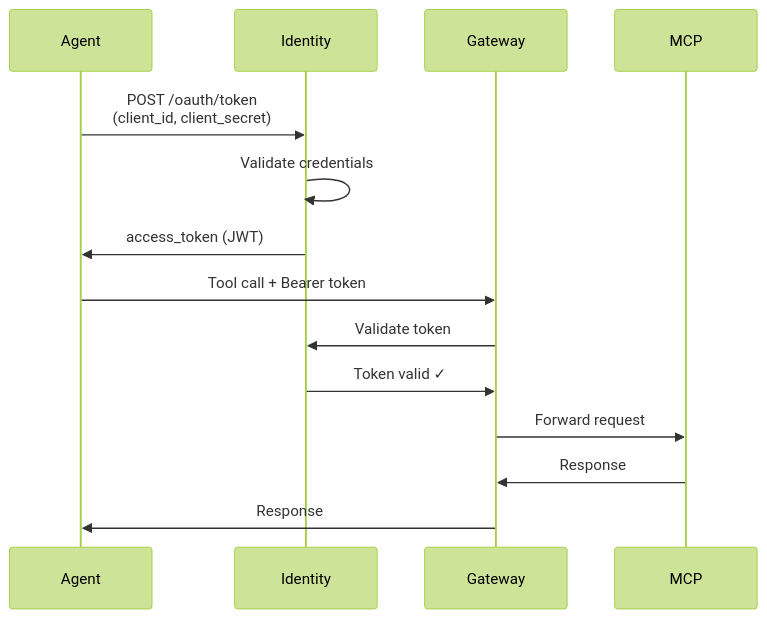
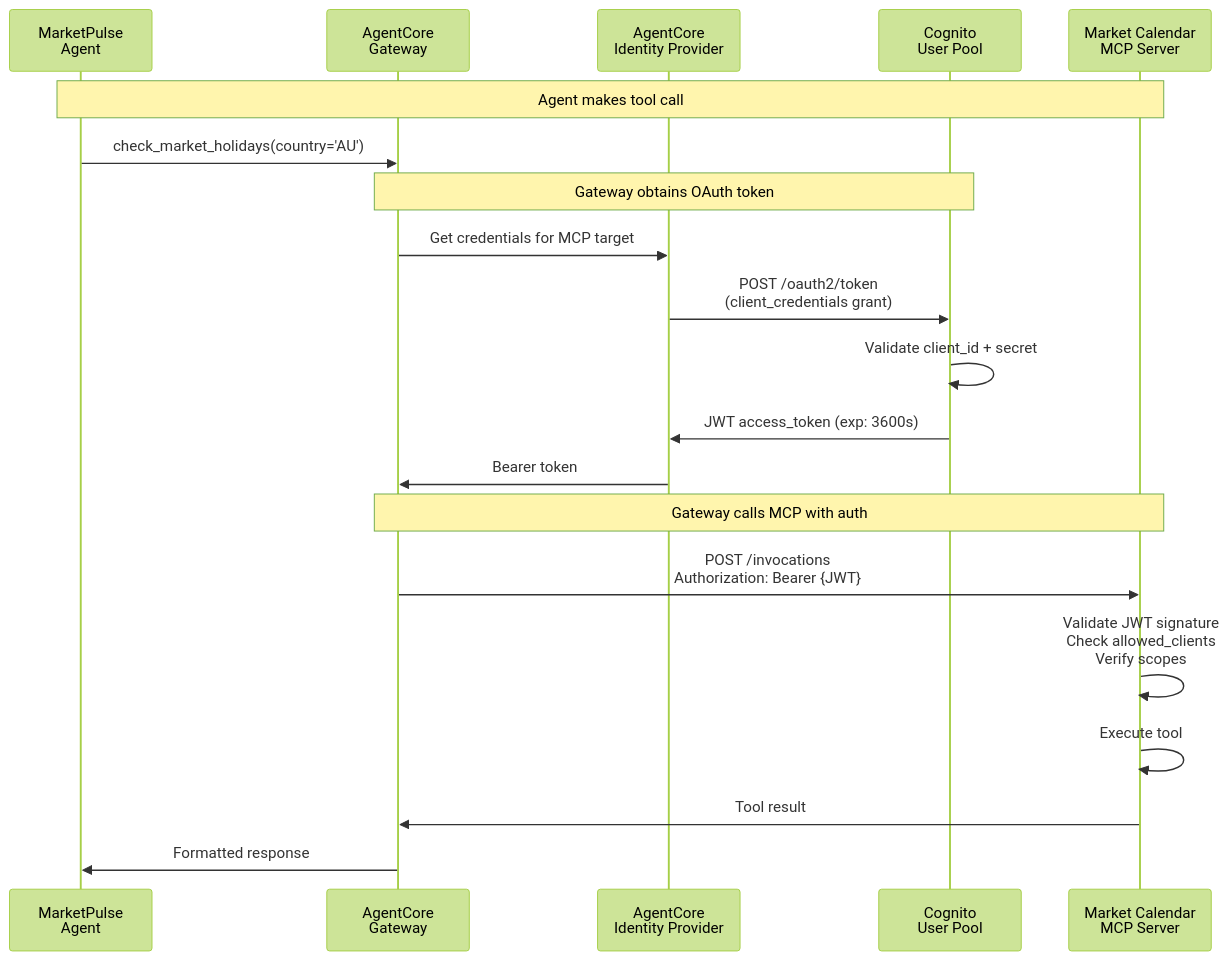
One commit to mantel-lab/aws-agentcore-workshop changed the second of 2 diagrams in docs/06-identity.md. Above: the diagram before and after it, drawn with Mermaid (forest theme). The commit also changed other lines of this file and 6 other files, not shown here.

````diff
--- a/docs/06-identity.md
+++ b/docs/06-identity.md
@@ -68,17 +99,25 @@
 ```mermaid
 sequenceDiagram
-    participant Agent
-    participant Identity
-    participant Gateway
-    participant MCP
+    participant Agent as MarketPulse<br/>Agent
+    participant Gateway as AgentCore<br/>Gateway
+    participant Provider as AgentCore<br/>Identity Provider
+    participant Cognito as Cognito<br/>User Pool
+    participant MCP as Market Calendar<br/>MCP Server
 
-    Agent->>Identity: POST /oauth/token<br/>(client_id, client_secret)
-    Identity->>Identity: Validate credentials
-    Identity->>Agent: access_token (JWT)
-    Agent->>Gateway: Tool call + Bearer token
-    Gateway->>Identity: Validate token
-    Identity->>Gateway: Token valid ✓
-    Gateway->>MCP: Forward request
-    MCP->>Gateway: Response
-    Gateway->>Agent: Response
+    Note over Agent, MCP: Agent makes tool call
+    Agent->>Gateway: check_market_holidays(country='AU')
+    
+    Note over Gateway, Cognito: Gateway obtains OAuth token
+    Gateway->>Provider: Get credentials for MCP target
+    Provider->>Cognito: POST /oauth2/token<br/>(client_credentials grant)
+    Cognito->>Cognito: Validate client_id + secret
+    Cognito->>Provider: JWT access_token (exp: 3600s)
+    Provider->>Gateway: Bearer token
+    
+    Note over Gateway, MCP: Gateway calls MCP with auth
+    Gateway->>MCP: POST /invocations<br/>Authorization: Bearer {JWT}
+    MCP->>MCP: Validate JWT signature<br/>Check allowed_clients<br/>Verify scopes
+    MCP->>MCP: Execute tool
+    MCP->>Gateway: Tool result
+    Gateway->>Agent: Formatted response
 ```
````
